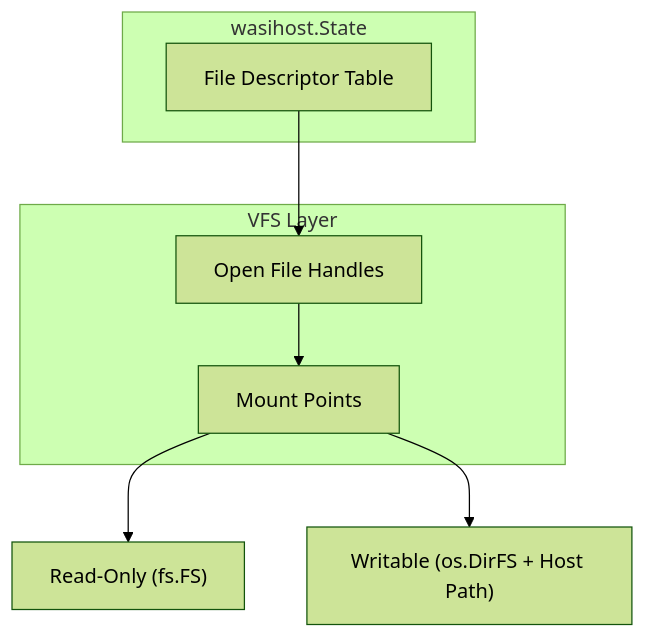
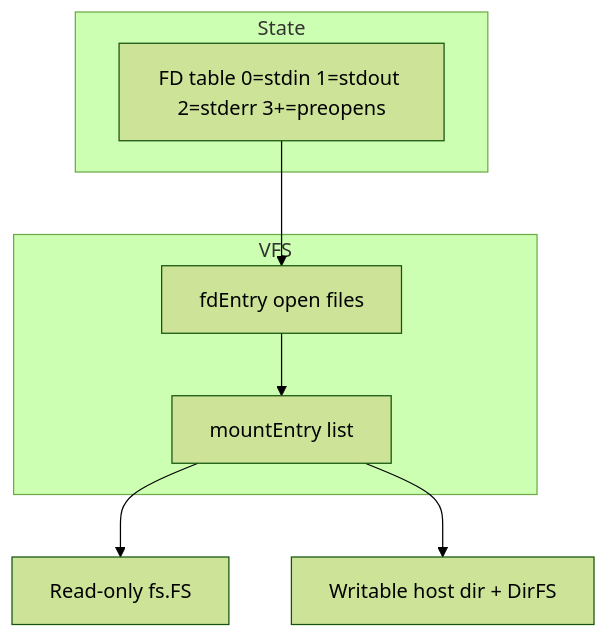
One commit to lbe/wasm2go-wasi-host changed the second of 3 diagrams in ARCHITECTURE.md. Above: the diagram before and after it, drawn with Mermaid (forest theme). The commit also changed other lines of this file and 28 other files, not shown here.

````diff
--- a/ARCHITECTURE.md
+++ b/ARCHITECTURE.md
@@ -69,17 +71,14 @@
 ```mermaid
 graph TD
-    subgraph "wasihost.State"
-        FDs[File Descriptor Table]
+    subgraph State
+        FDs[FD table 0=stdin 1=stdout 2=stderr 3+=preopens]
     end
-
-    subgraph "VFS Layer"
-        Mounts[Mount Points]
-        FileHandles[Open File Handles]
+    subgraph VFS
+        Mounts[mountEntry list]
+        Open[fdEntry open files]
     end
-
-    FDs --> FileHandles
-    FileHandles --> Mounts
-    
-    Mounts --> RO["Read-Only (fs.FS)"]
-    Mounts --> RW["Writable (os.DirFS + Host Path)"]
+    FDs --> Open
+    Open --> Mounts
+    Mounts --> RO[Read-only fs.FS]
+    Mounts --> RW[Writable host dir + DirFS]
 ```
````
